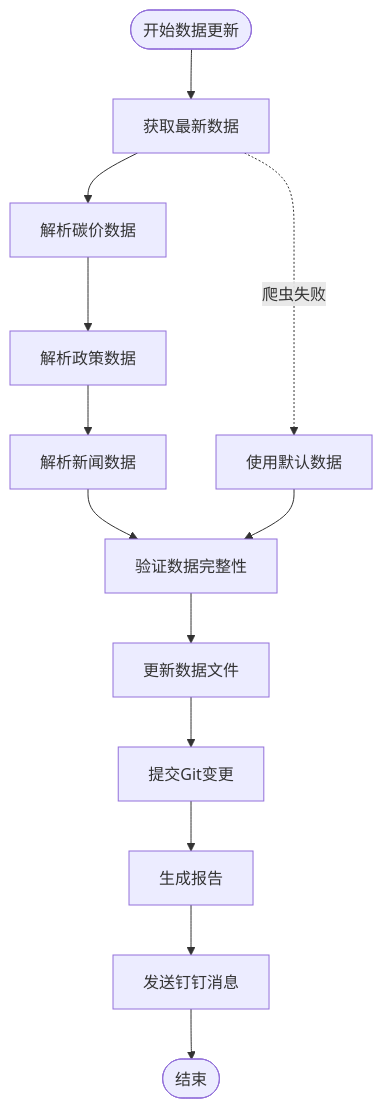
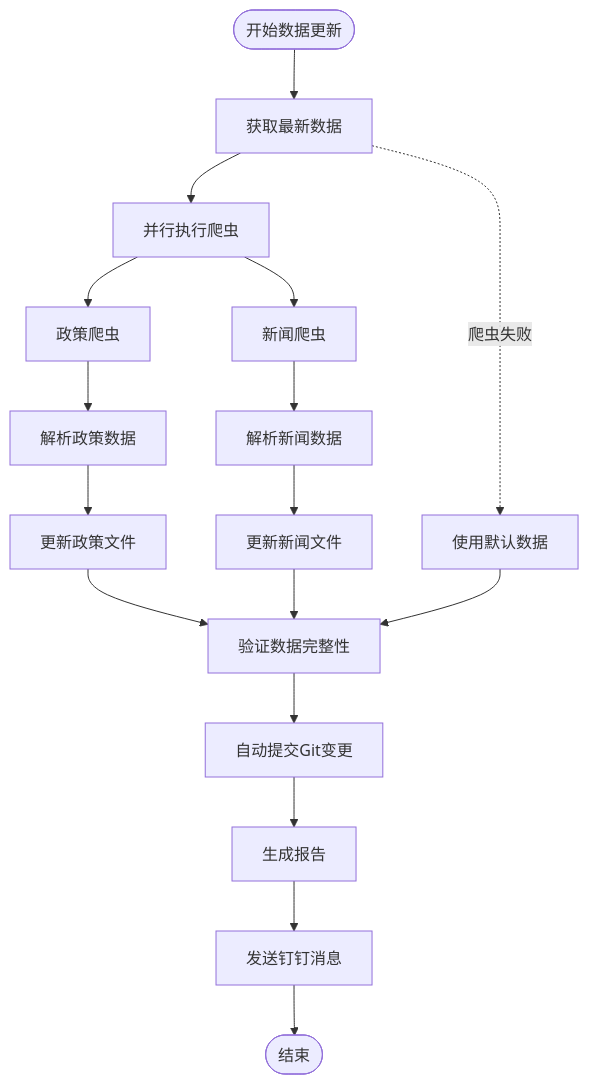
Before and after one commit to liangxuanliang-cmd/carbon-info-agent: the sixth of 12 diagrams in .qoder/repowiki/zh/content/部署与维护/自动化每日报告系统.md, drawn with Mermaid. The commit also changed other lines of this file and 7 other files, not shown here.

````diff
--- a/.qoder/repowiki/zh/content/部署与维护/自动化每日报告系统.md
+++ b/.qoder/repowiki/zh/content/部署与维护/自动化每日报告系统.md
@@ -320,15 +310,19 @@
 ```mermaid
 flowchart TD
 Start([开始数据更新]) --> FetchData[获取最新数据]
-FetchData --> ParseCarbonPrice[解析碳价数据]
-ParseCarbonPrice --> ParsePolicies[解析政策数据]
-ParsePolicies --> ParseNews[解析新闻数据]
-ParseNews --> ValidateData[验证数据完整性]
-ValidateData --> UpdateFiles[更新数据文件]
-UpdateFiles --> CommitData[提交Git变更]
-CommitData --> GenerateReport[生成报告]
+FetchData --> Parallel[并行执行爬虫]
+Parallel --> PolicyCrawler[政策爬虫]
+Parallel --> NewsCrawler[新闻爬虫]
+PolicyCrawler --> ParsePolicies[解析政策数据]
+NewsCrawler --> ParseNews[解析新闻数据]
+ParsePolicies --> UpdatePoliciesFile[更新政策文件]
+ParseNews --> UpdateNewsFile[更新新闻文件]
+UpdatePoliciesFile --> ValidateData[验证数据完整性]
+UpdateNewsFile --> ValidateData
+ValidateData --> AutoCommit[自动提交Git变更]
+AutoCommit --> GenerateReport[生成报告]
 GenerateReport --> SendReport[发送钉钉消息]
 SendReport --> End([结束])
 FetchData -.->|爬虫失败| UseDefaultData[使用默认数据]
 UseDefaultData --> ValidateData
 ```
````
